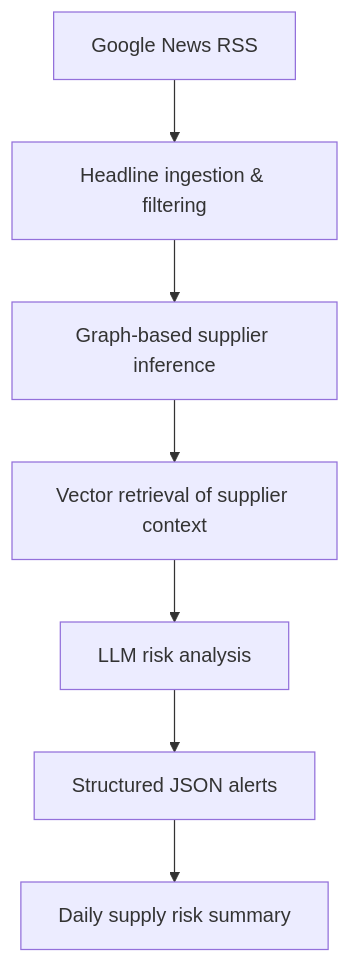
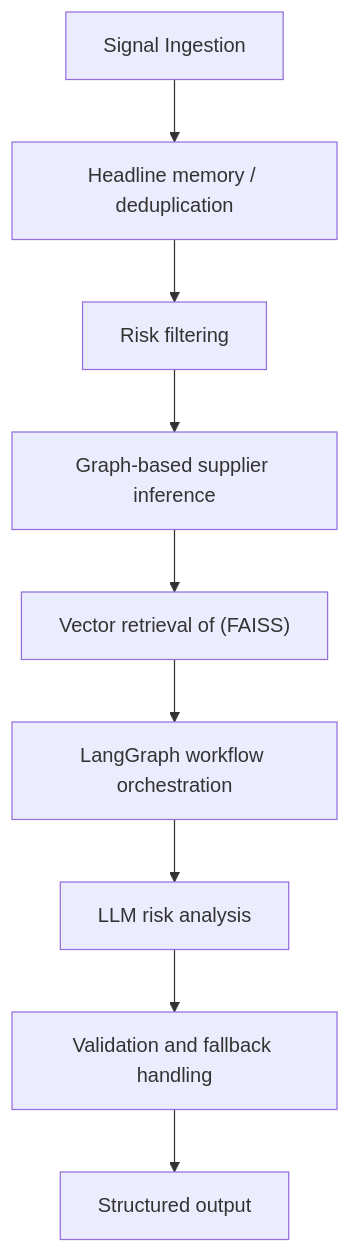
Before and after one commit to kenhglee/ai-supply-chain-risk-agent: the diagram in README.md, drawn with Mermaid. The commit also changed other lines of this file, not shown here.

Commit message:
Sync README to reflect the LangGraph workflow orchestration merge

````diff
--- a/README.md
+++ b/README.md
@@ -19,17 +20,21 @@
 ```mermaid
 flowchart TD
-    A["Google News RSS"]
-    B["Headline ingestion & filtering"]
-    C["Graph-based supplier inference"]
-    D["Vector retrieval of supplier context"]
-    E["LLM risk analysis"]
-    F["Structured JSON alerts"]
-    G["Daily supply risk summary"]
+    A["Signal Ingestion"]
+    B["Headline memory / deduplication"]
+    C["Risk filtering"]
+    D["Graph-based supplier inference"]
+    E["Vector retrieval of (FAISS)"]
+    F["LangGraph workflow orchestration"]
+    G["LLM risk analysis"]
+    H["Validation and fallback handling"]
+    I["Structured output"]
 
     A --> B
     B --> C
     C --> D
     D --> E
     E --> F
     F --> G
+    G --> H
+    H --> I
 ```
````
